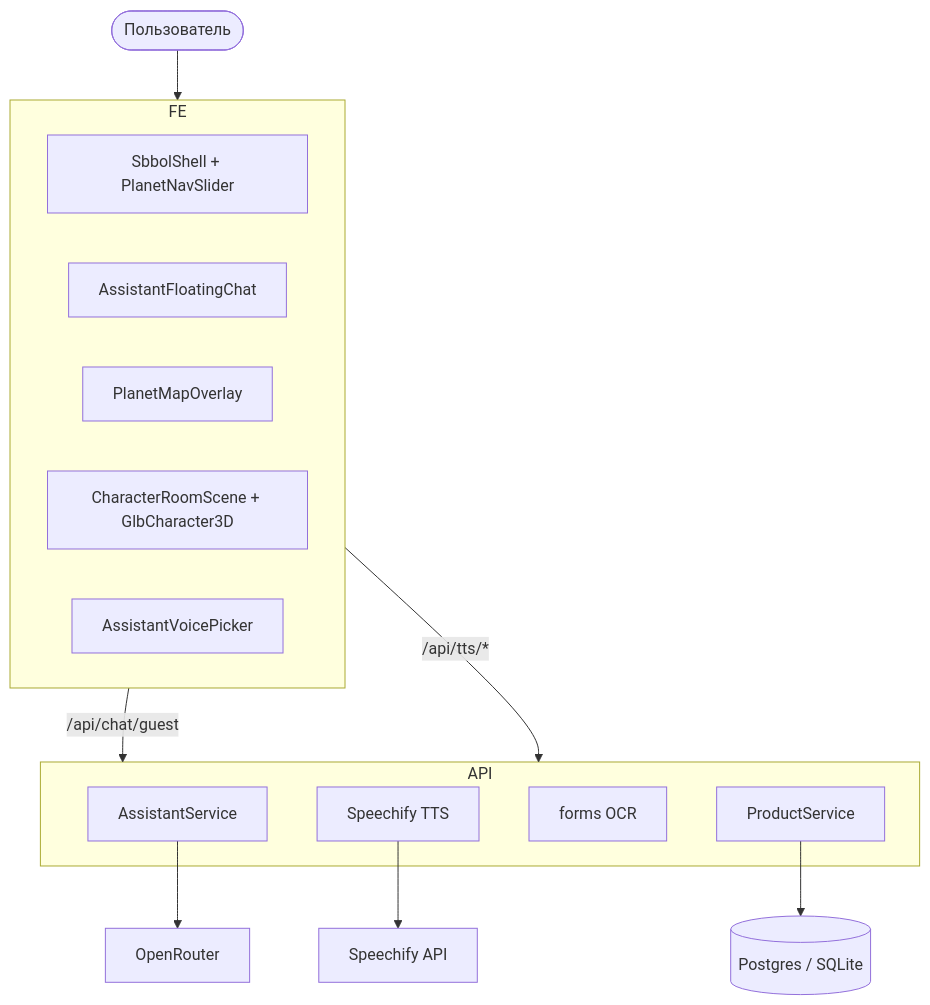
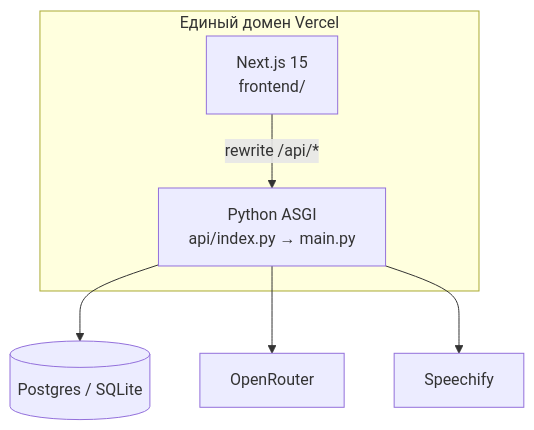
Before and after one commit to grrraaaa/mvp: the second of 5 diagrams in docs/ARCHITECTURE.md, drawn with Mermaid. The commit also changed other lines of this file and 11 other files, not shown here.

First line of the commit message:
docs: add FEATURE_MAP with Mermaid diagrams and refresh docs index

````diff
--- a/docs/ARCHITECTURE.md
+++ b/docs/ARCHITECTURE.md
@@ -17,26 +39,12 @@
 ```mermaid
-graph TB
-    U([Пользователь]) --> FE[Next.js]
-
-    subgraph FE
-        SHELL[SbbolShell + PlanetNavSlider]
-        CHAT[AssistantFloatingChat]
-        MAP[PlanetMapOverlay]
-        STUDIO[CharacterRoomScene + GlbCharacter3D]
-        TTS_UI[AssistantVoicePicker]
+flowchart TB
+    subgraph VERCEL["Единый домен Vercel"]
+        FE["Next.js 15<br/>frontend/"]
+        API["Python ASGI<br/>api/index.py → main.py"]
     end
 
-    FE -->|/api/chat/guest| API[FastAPI]
-    FE -->|/api/tts/*| API
-
-    subgraph API
-        AIS[AssistantService]
-        TTS[Speechify TTS]
-        FORMS[forms OCR]
-        PRD[ProductService]
-    end
-
-    AIS --> LLM[OpenRouter]
-    TTS --> SP[Speechify API]
-    PRD --> DB[(Postgres / SQLite)]
+    FE -->|rewrite /api/*| API
+    API --> DB[(Postgres / SQLite)]
+    API --> OR[OpenRouter]
+    API --> SP[Speechify]
 ```
````
